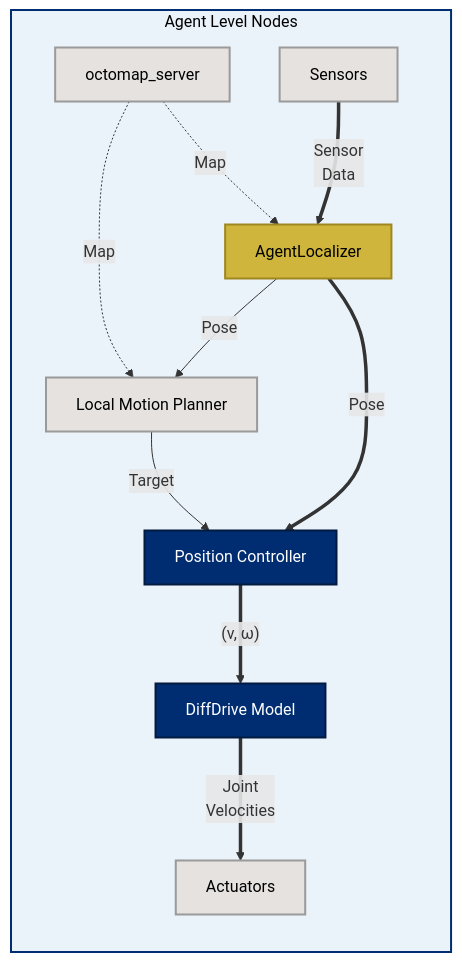
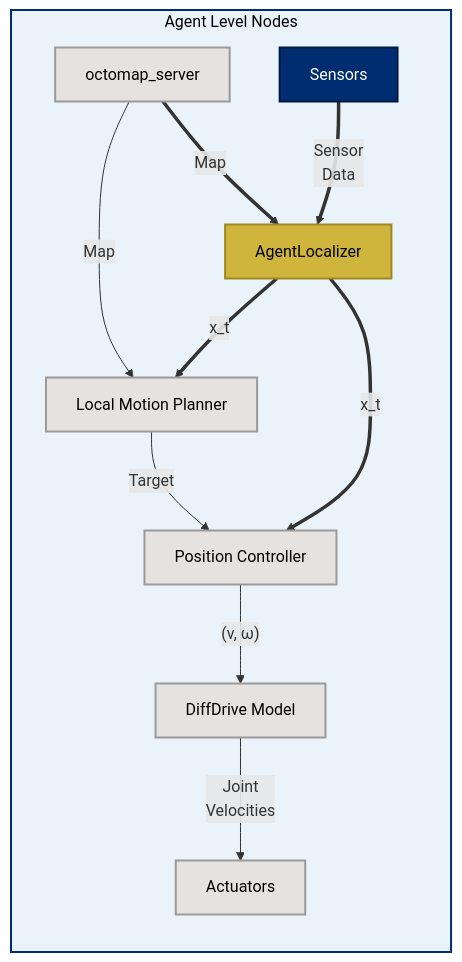
Before and after one commit to jtcass01/devol: the diagram in docs/Reasoning Under Uncertainty/Project Diagrams/full_system_diagram.mmd, drawn with Mermaid. The commit also changed 27 other files, not shown here.

Commit message:
#42 moved text from overleaf. Going to continue writing on home computer with mintex. Improved formatting of some mermaid diagrams

```diff
--- a/docs/Reasoning Under Uncertainty/Project Diagrams/full_system_diagram.mmd
+++ b/docs/Reasoning Under Uncertainty/Project Diagrams/full_system_diagram.mmd
@@ -1,37 +1,34 @@
 graph LR
     subgraph Agent_Level_Nodes ["Agent Level Nodes"]
         Sensors["Sensors"]
         Octo["octomap_server"]
         AL["AgentLocalizer"]
         LMP["Local Motion Planner"]
         PC["Position Controller"]
         DDM["DiffDrive Model"]
         Actuators["Actuators"]
     end
     
-    %% Background / Map Data (Dotted lines)
-    Octo -.->|"Map"| LMP
-    Octo -.->|"Map"| AL
+    Octo -->|"Map"| LMP
+    Octo ==>|"Map"| AL
     
-    %% Secondary / Reference Flows (Thin lines)
-    AL -->|"Pose"| LMP
+    AL ==>|"x_t"| LMP
     LMP -->|"Target"| PC
     
-    %% Main Control & State Pipeline (Thick lines)
     Sensors ==>|"Sensor\nData"| AL
-    AL ==>|"Pose"| PC
-    PC ==>|"(v, ω)"| DDM
-    DDM ==>|"Joint\nVelocities"| Actuators
+    AL ==>|"x_t"| PC
+    PC -->|"(v, ω)"| DDM
+    DDM -->|"Joint\nVelocities"| Actuators
 
     %% JHU Theme Node Styling
     classDef jhuPrimary fill:#002D72,stroke:#001A40,stroke-width:2px,color:white;
     classDef jhuGold fill:#CFB53B,stroke:#9E8721,stroke-width:2px,color:black;
     classDef outOfScope fill:#E5E2E0,stroke:#9A9A9A,stroke-width:2px,color:black;
 
     %% Apply Classes
-    class PC,DDM jhuPrimary;
     class AL jhuGold;
-    class Sensors,Actuators,Octo,LMP outOfScope;
+    class Sensors jhuPrimary;
+    class Actuators,Octo,LMP,PC,DDM outOfScope;
 
     %% Subgraph Styling
     style Agent_Level_Nodes fill:#EBF3FA,stroke:#002D72,stroke-width:2px,color:black;
```
